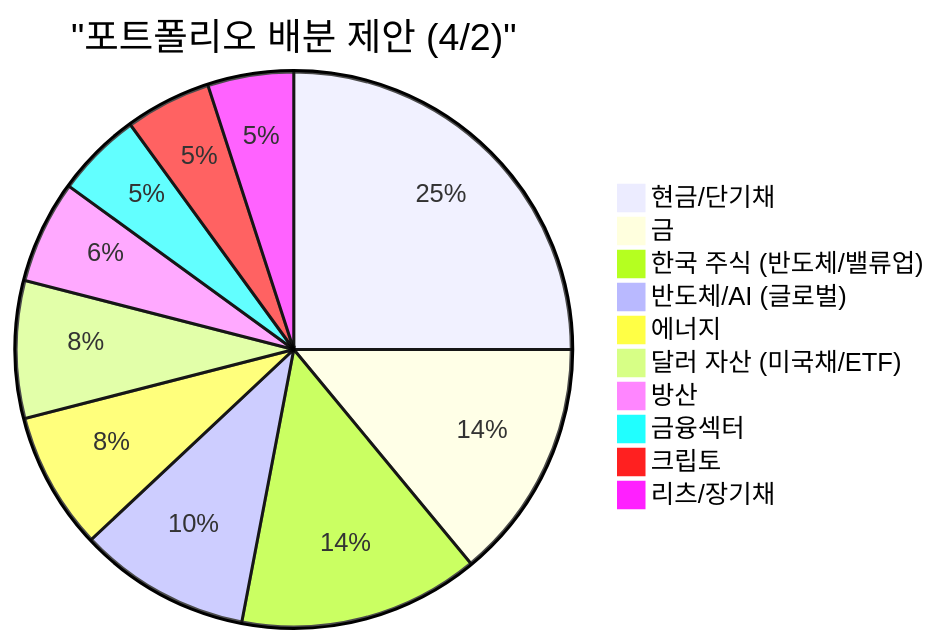
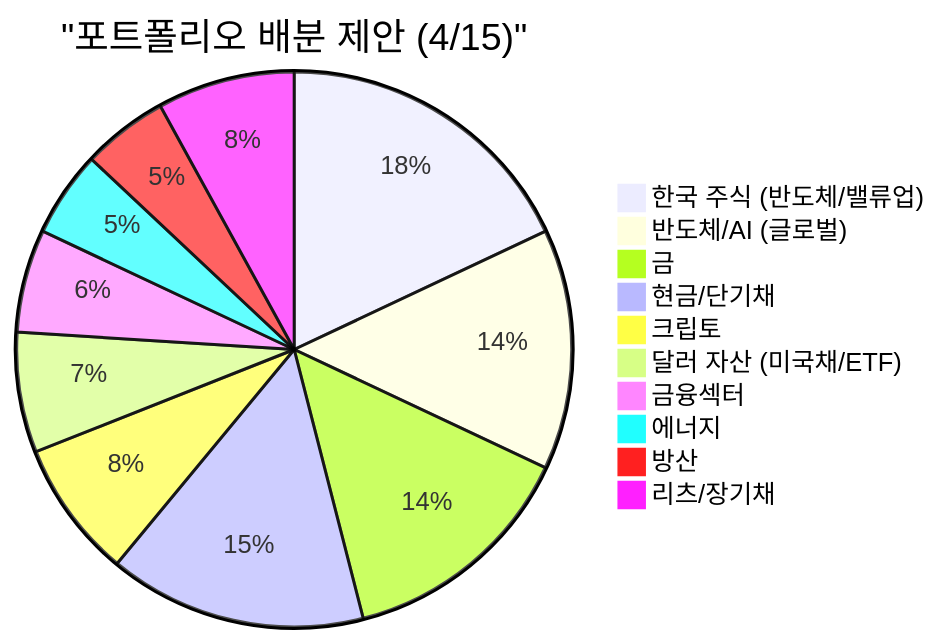
One commit to dss99911/dss99911.github.io changed the ninth of 9 diagrams in _posts/knowledge/invest/2026-01-12-macroeconomic-policy-sector-outlook-2026.md. Above: the diagram before and after it, drawn with Mermaid. The commit also changed other lines of this file and 2 other files, not shown here.

````diff
--- a/_posts/knowledge/invest/2026-01-12-macroeconomic-policy-sector-outlook-2026.md
+++ b/_posts/knowledge/invest/2026-01-12-macroeconomic-policy-sector-outlook-2026.md
@@ -445,13 +492,13 @@
 ```mermaid
-pie title "포트폴리오 배분 제안 #40;4/2#41;"
-    "현금/단기채" : 25
+pie title "포트폴리오 배분 제안 #40;4/15#41;"
+    "한국 주식 #40;반도체/밸류업#41;" : 18
+    "반도체/AI #40;글로벌#41;" : 14
     "금" : 14
-    "한국 주식 #40;반도체/밸류업#41;" : 14
-    "반도체/AI #40;글로벌#41;" : 10
-    "에너지" : 8
-    "달러 자산 #40;미국채/ETF#41;" : 8
-    "방산" : 6
-    "금융섹터" : 5
-    "크립토" : 5
-    "리츠/장기채" : 5
+    "현금/단기채" : 15
+    "크립토" : 8
+    "달러 자산 #40;미국채/ETF#41;" : 7
+    "금융섹터" : 6
+    "에너지" : 5
+    "방산" : 5
+    "리츠/장기채" : 8
 ```
````
